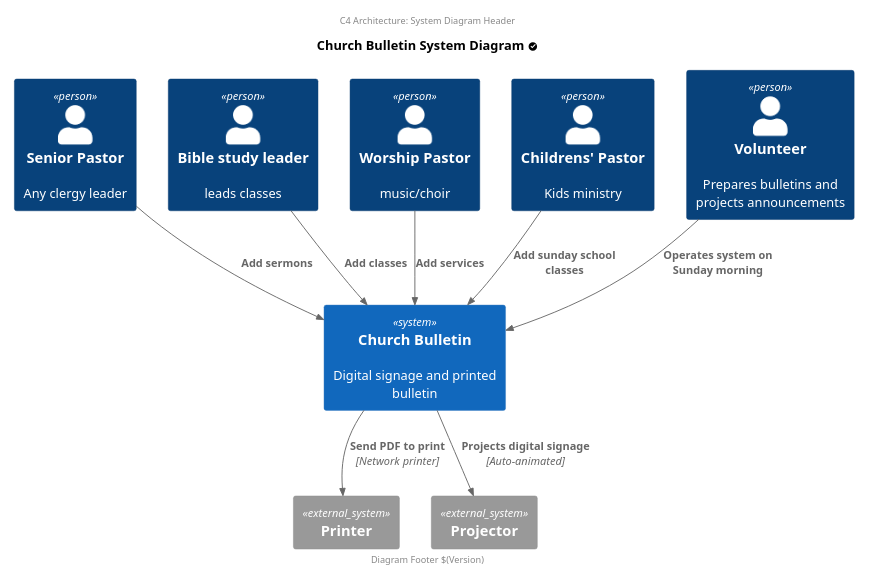
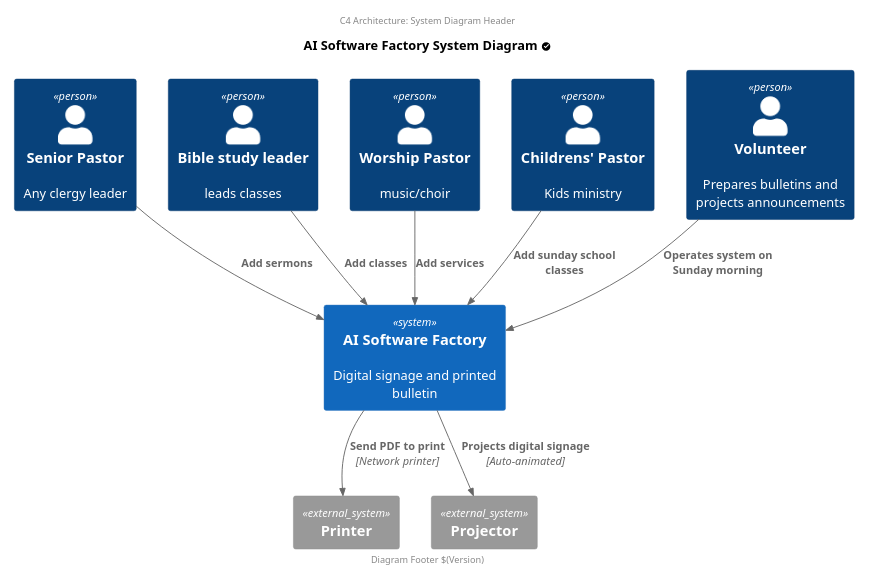
The diagram in arch/arch-c4-system.puml (ClearMeasure/alice-v2), drawn with PlantUML before and after one commit. The commit also changed 21 other files, not shown here.

```diff
--- a/arch/arch-c4-system.puml
+++ b/arch/arch-c4-system.puml
@@ -1,38 +1,38 @@
 @startuml
 
 scale 2/3
 'left to right direction
 center header
     C4 Architecture: System Diagram Header
 endheader
 
-title Church Bulletin System Diagram <&circle-check>
+title AI Software Factory System Diagram <&circle-check>
 '
 !includeurl https://raw.githubusercontent.com/RicardoNiepel/C4-PlantUML/release/1-0/C4_Context.puml
 
 'LAYOUT_WITH_LEGEND
 
 Person(pastor, "Senior Pastor", "Any clergy leader")
 Person(biblestudyleader, "Bible study leader", "leads classes")
 Person(worshipleader, "Worship Pastor", "music/choir")
 Person(childrenspastor, "Childrens' Pastor", "Kids ministry")
 Person(volunteer, "Volunteer", "Prepares bulletins and projects announcements")
 
-System(churchbulletin, "Church Bulletin", "Digital signage and printed bulletin")
+System(churchbulletin, "AI Software Factory", "Digital signage and printed bulletin")
 
 System_Ext(printer, "Printer")
 System_Ext(projector, "Projector")
 
 Rel(pastor, churchbulletin, "Add sermons")
 Rel(biblestudyleader, churchbulletin, "Add classes")
 Rel(worshipleader, churchbulletin, "Add services")
 Rel(childrenspastor, churchbulletin, "Add sunday school classes")
 Rel(volunteer, churchbulletin, "Operates system on Sunday morning")
 
 Rel(churchbulletin, printer, "Send PDF to print", "Network printer")
 Rel(churchbulletin, projector, "Projects digital signage", "Auto-animated")
 
 center footer
     Diagram Footer $(Version)
 endfooter
 @enduml
```
